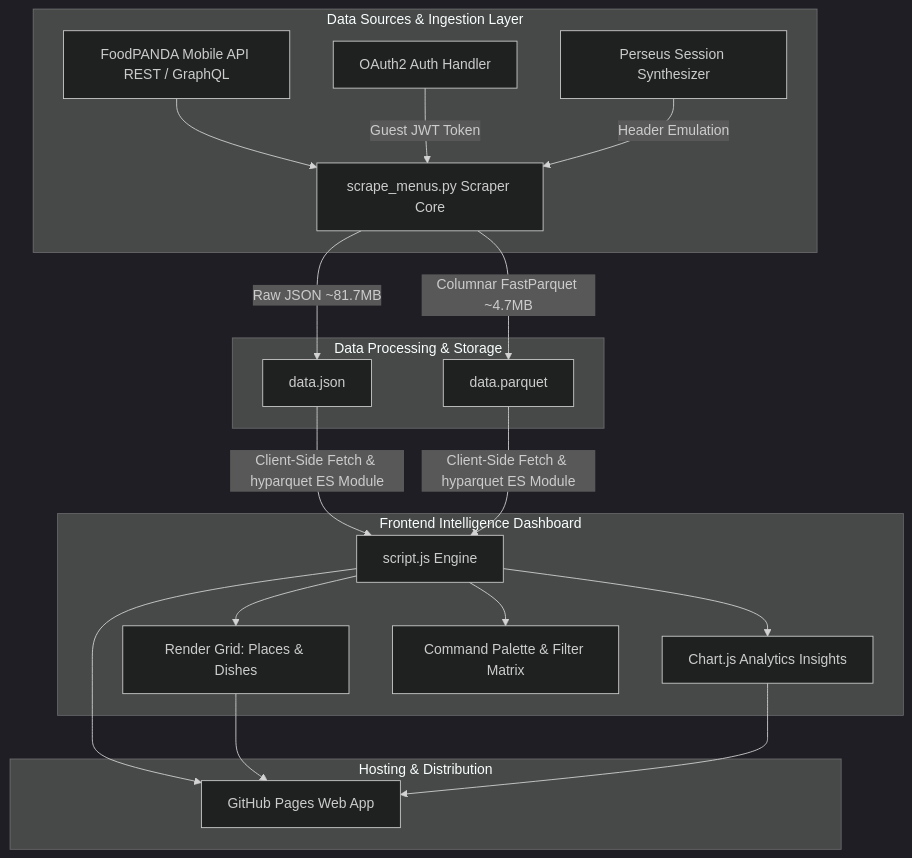
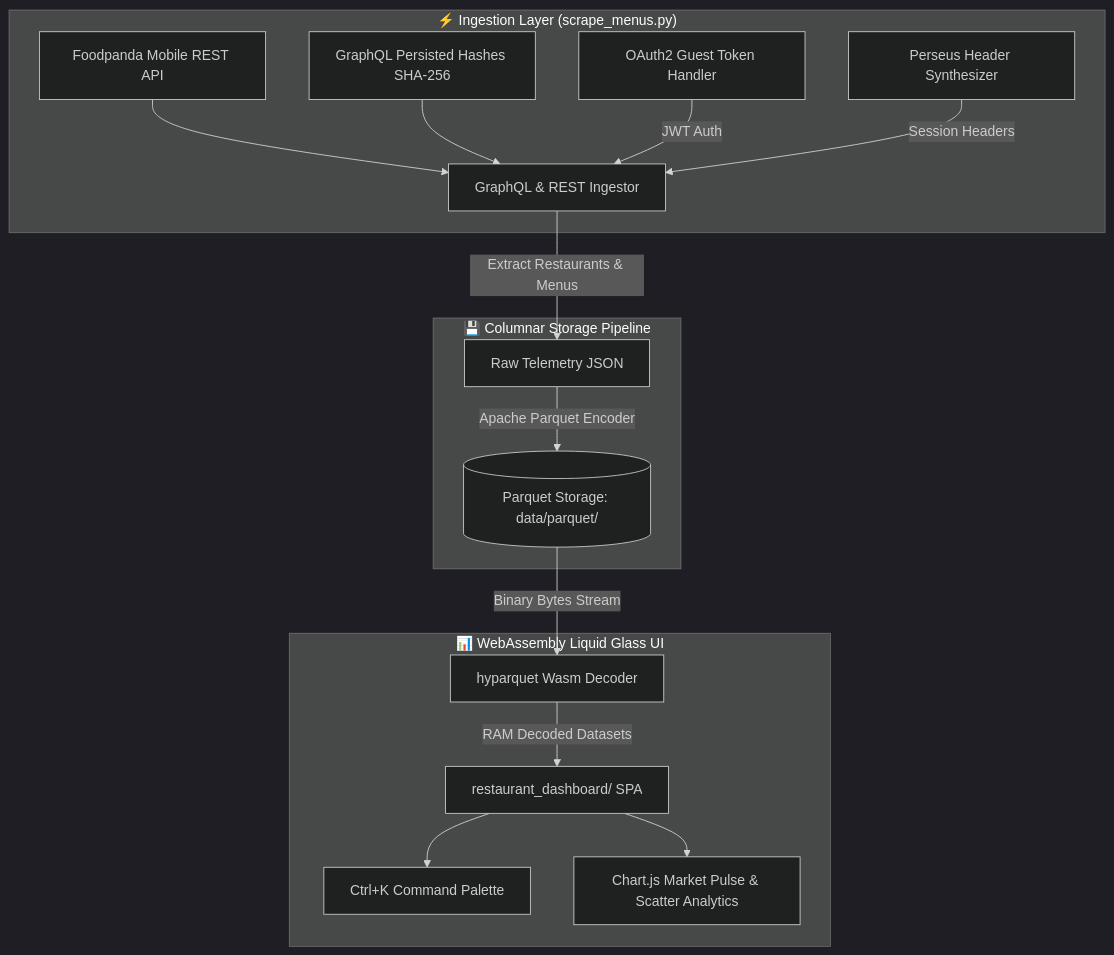
Before and after one commit to ranehal/FoodPANDA-RESTaurant-ANALytics: the diagram in README.md, drawn with Mermaid (dark theme). The commit also changed other lines of this file, not shown here.

````diff
--- a/README.md
+++ b/README.md
@@ -42,24 +36,21 @@
 ```mermaid
 flowchart TD
-    subgraph Data Sources & Ingestion Layer
-        A[FoodPANDA Mobile API REST / GraphQL] --> B[scrape_menus.py Scraper Core]
-        C[OAuth2 Auth Handler] -->|Guest JWT Token| B
-        D[Perseus Session Synthesizer] -->|Header Emulation| B
+    subgraph Data_Sources_And_Ingestion ["⚡ Ingestion Layer (scrape_menus.py)"]
+        API[Foodpanda Mobile REST API] --> Scraper[GraphQL & REST Ingestor]
+        GraphQL[GraphQL Persisted Hashes SHA-256] --> Scraper
+        OAuth[OAuth2 Guest Token Handler] -->|JWT Auth| Scraper
+        Perseus[Perseus Header Synthesizer] -->|Session Headers| Scraper
     end
 
-    subgraph Data Processing & Storage
-        B -->|Raw JSON ~81.7MB| E[data.json]
-        B -->|Columnar FastParquet ~4.7MB| F[data.parquet]
+    subgraph Compression_And_Storage ["💾 Columnar Storage Pipeline"]
+        Scraper -->|Extract Restaurants & Menus| RawJSON[Raw Telemetry JSON]
+        RawJSON -->|Apache Parquet Encoder| Parquet[(Parquet Storage: data/parquet/)]
     end
 
-    subgraph Frontend Intelligence Dashboard
-        E & F -->|Client-Side Fetch & hyparquet ES Module| G[script.js Engine]
-        G --> H[Render Grid: Places & Dishes]
-        G --> I[Chart.js Analytics Insights]
-        G --> J[Command Palette & Filter Matrix]
-    end
-
-    subgraph Hosting & Distribution
-        G & H & I --> K[GitHub Pages Web App]
+    subgraph Presentation_Layer ["📊 WebAssembly Liquid Glass UI"]
+        Parquet -->|Binary Bytes Stream| WasmDecoder[hyparquet Wasm Decoder]
+        WasmDecoder -->|RAM Decoded Datasets| UI[restaurant_dashboard/ SPA]
+        UI --> CommandPalette[Ctrl+K Command Palette]
+        UI --> MarketBI[Chart.js Market Pulse & Scatter Analytics]
     end
 ```
````
